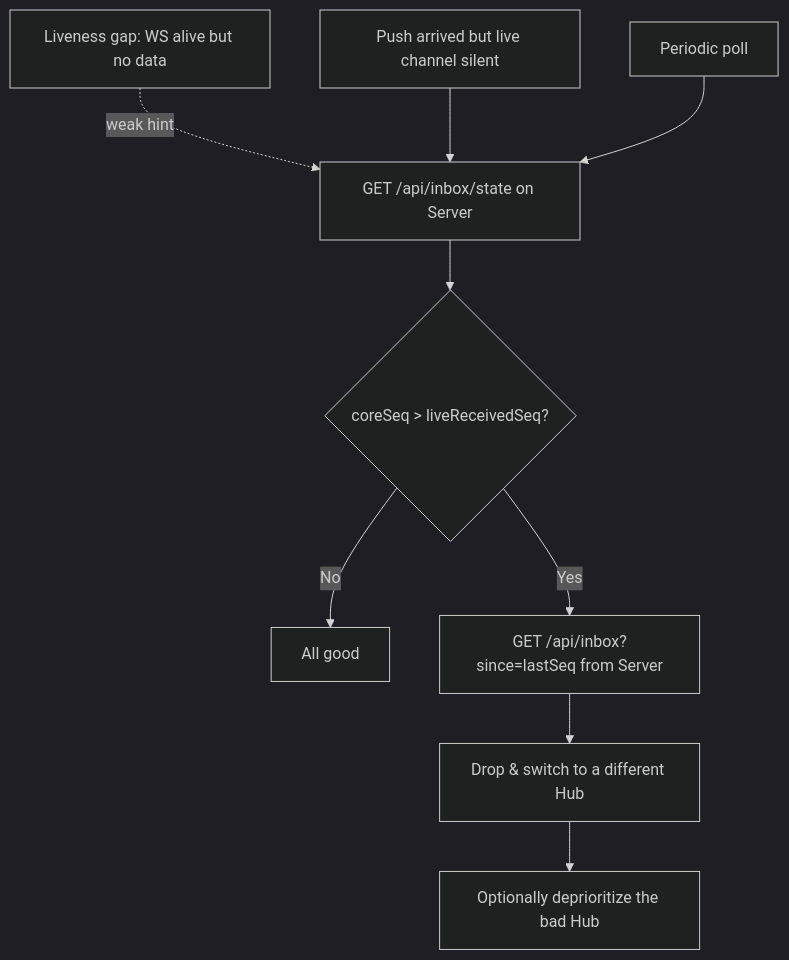
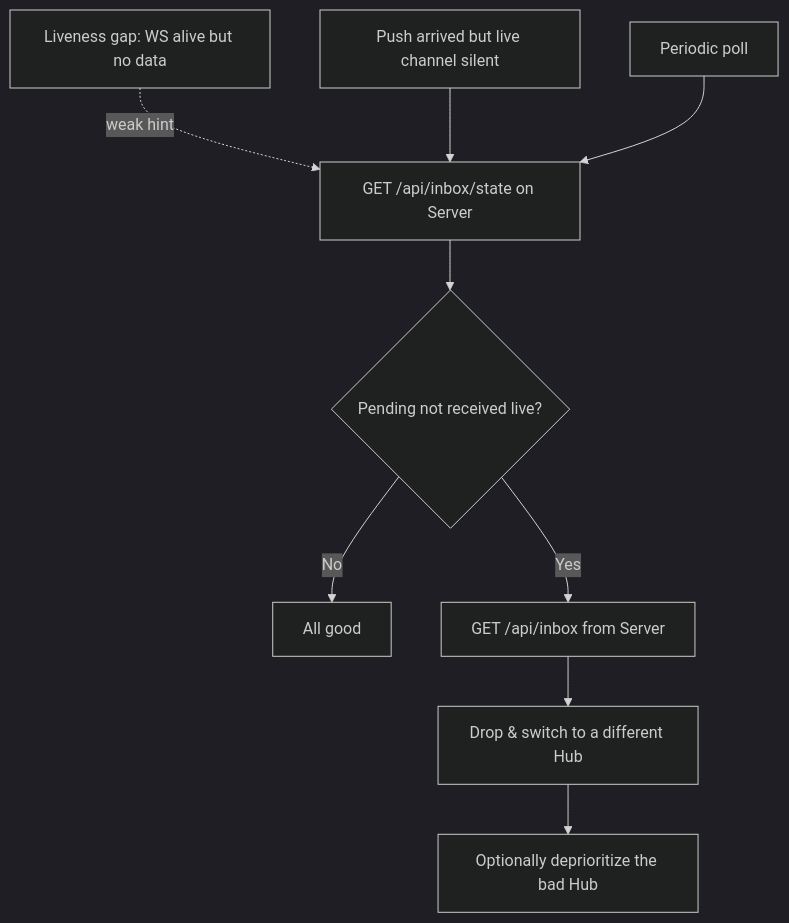
One commit to olshanskyev/fourletters-meta changed the first of 3 diagrams in doc/FUTURE_EXTENSIONS.md. Above: the diagram before and after it, drawn with Mermaid (dark theme). The commit also changed other lines of this file and 6 other files, not shown here.

````diff
--- a/doc/FUTURE_EXTENSIONS.md
+++ b/doc/FUTURE_EXTENSIONS.md
@@ -63,11 +62,11 @@
 ```mermaid
 flowchart TD
     Hint1[Liveness gap: WS alive but no data] -. weak hint .-> Check
     Hint2[Push arrived but live channel silent] --> Check
     Poll[Periodic poll] --> Check[GET /api/inbox/state on Server]
-    Check --> Compare{coreSeq > liveReceivedSeq?}
+    Check --> Compare{Pending not received live?}
     Compare -- No --> Idle[All good]
-    Compare -- Yes --> Fetch[GET /api/inbox?since=lastSeq from Server]
+    Compare -- Yes --> Fetch[GET /api/inbox from Server]
     Fetch --> Switch[Drop & switch to a different Hub]
     Switch --> Report[Optionally deprioritize the bad Hub]
 ```
````
